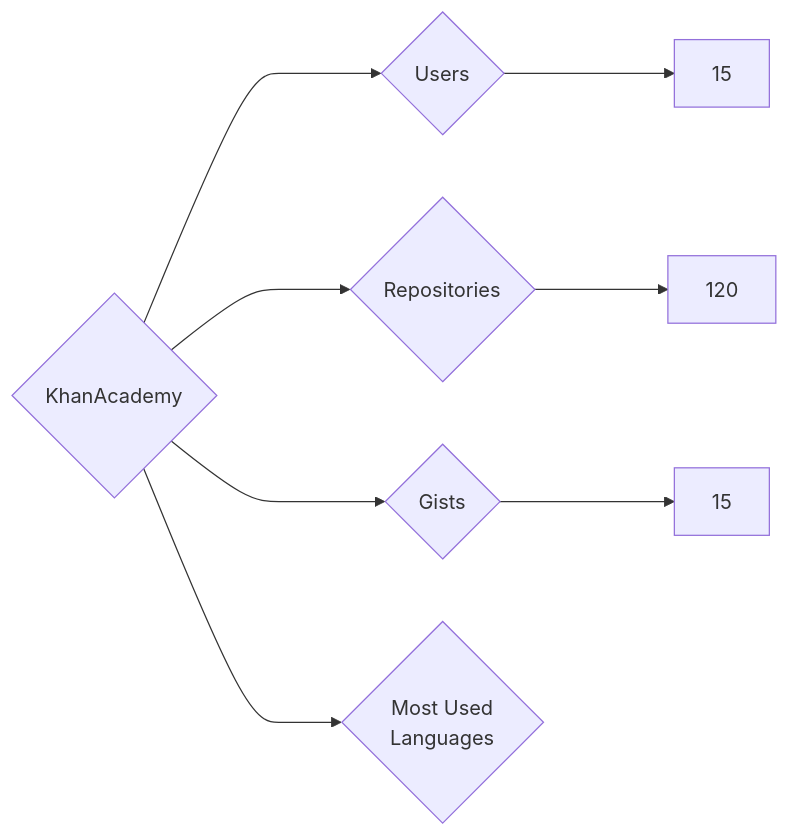
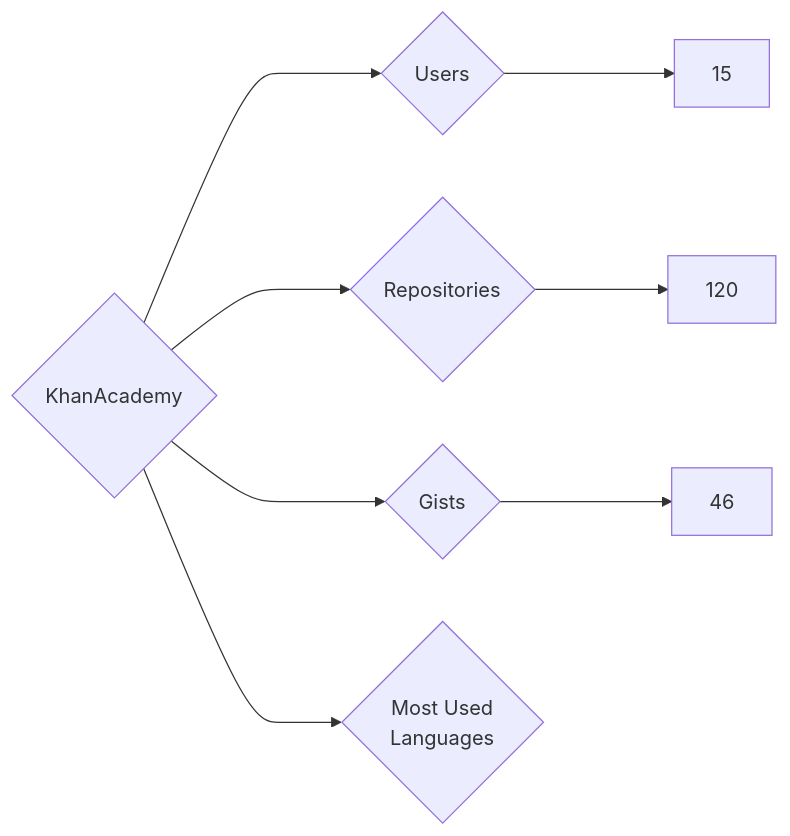
One commit to nenadzaric/insiders changed the diagram in targets/KhanAcademy/README.md. Above: the diagram before and after it, drawn with Mermaid. The commit also changed 1342 other files, not shown here.

````diff
--- a/targets/KhanAcademy/README.md
+++ b/targets/KhanAcademy/README.md
@@ -3,8 +3,8 @@
 ```mermaid
 graph LR
 COMPANY_NAME{KhanAcademy}
 COMPANY_NAME ---> U{Users} ---> UN[15]
 COMPANY_NAME ---> R{Repositories} ---> RN[120]
-COMPANY_NAME ---> G{Gists} ---> GN[15]
+COMPANY_NAME ---> G{Gists} ---> GN[46]
 COMPANY_NAME ---> ML{Most Used<br>Languages}
 ```
````
